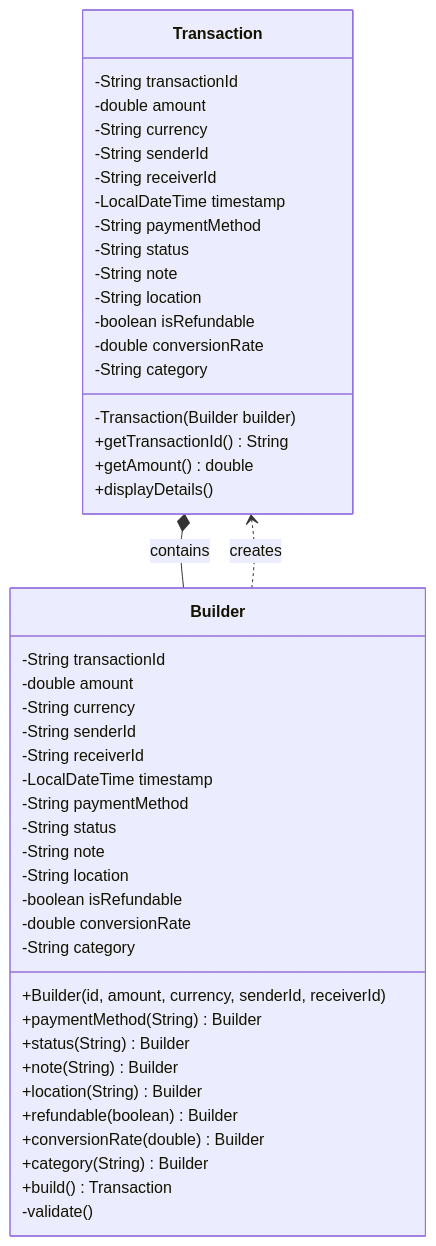
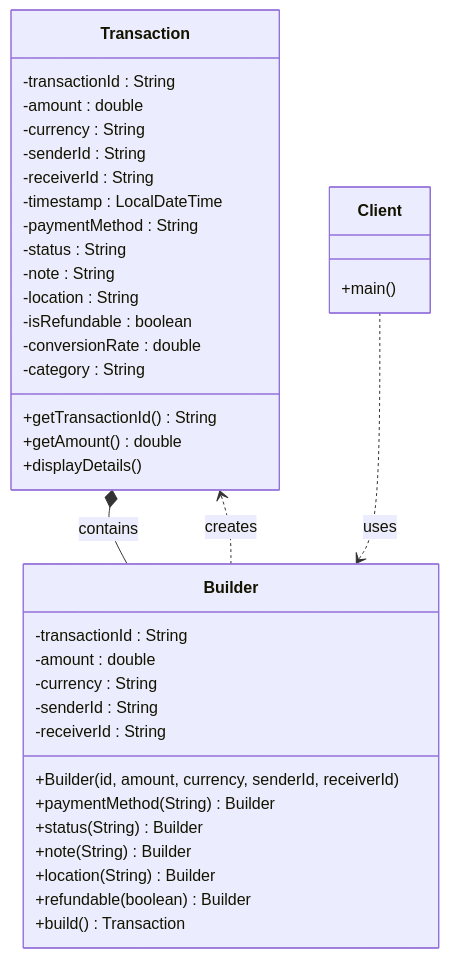
The diagram in design-patterns/creational/builder/README.md (uttams237/oopsAndLLD), drawn with Mermaid before and after one commit. The commit also changed 5 other files, not shown here.

Commit message:
Simplify all Mermaid diagrams for GitHub compatibility

````diff
--- a/design-patterns/creational/builder/README.md
+++ b/design-patterns/creational/builder/README.md
@@ -74,51 +74,44 @@
 ```mermaid
 classDiagram
     class Transaction {
-        -String transactionId
-        -double amount
-        -String currency
-        -String senderId
-        -String receiverId
-        -LocalDateTime timestamp
-        -String paymentMethod
-        -String status
-        -String note
-        -String location
-        -boolean isRefundable
-        -double conversionRate
-        -String category
-        -Transaction(Builder builder)
+        -transactionId : String
+        -amount : double
+        -currency : String
+        -senderId : String
+        -receiverId : String
+        -timestamp : LocalDateTime
+        -paymentMethod : String
+        -status : String
+        -note : String
+        -location : String
+        -isRefundable : boolean
+        -conversionRate : double
+        -category : String
         +getTransactionId() String
         +getAmount() double
         +displayDetails()
     }
     
     class Builder {
-        -String transactionId
-        -double amount
-        -String currency
-        -String senderId
-        -String receiverId
-        -LocalDateTime timestamp
-        -String paymentMethod
-        -String status
-        -String note
-        -String location
-        -boolean isRefundable
-        -double conversionRate
-        -String category
+        -transactionId : String
+        -amount : double
+        -currency : String
+        -senderId : String
+        -receiverId : String
         +Builder(id, amount, currency, senderId, receiverId)
         +paymentMethod(String) Builder
         +status(String) Builder
         +note(String) Builder
         +location(String) Builder
         +refundable(boolean) Builder
-        +conversionRate(double) Builder
-        +category(String) Builder
         +build() Transaction
-        -validate()
+    }
+    
+    class Client {
+        +main()
     }
     
     Transaction *-- Builder : contains
     Builder ..> Transaction : creates
+    Client ..> Builder : uses
 ```
````
